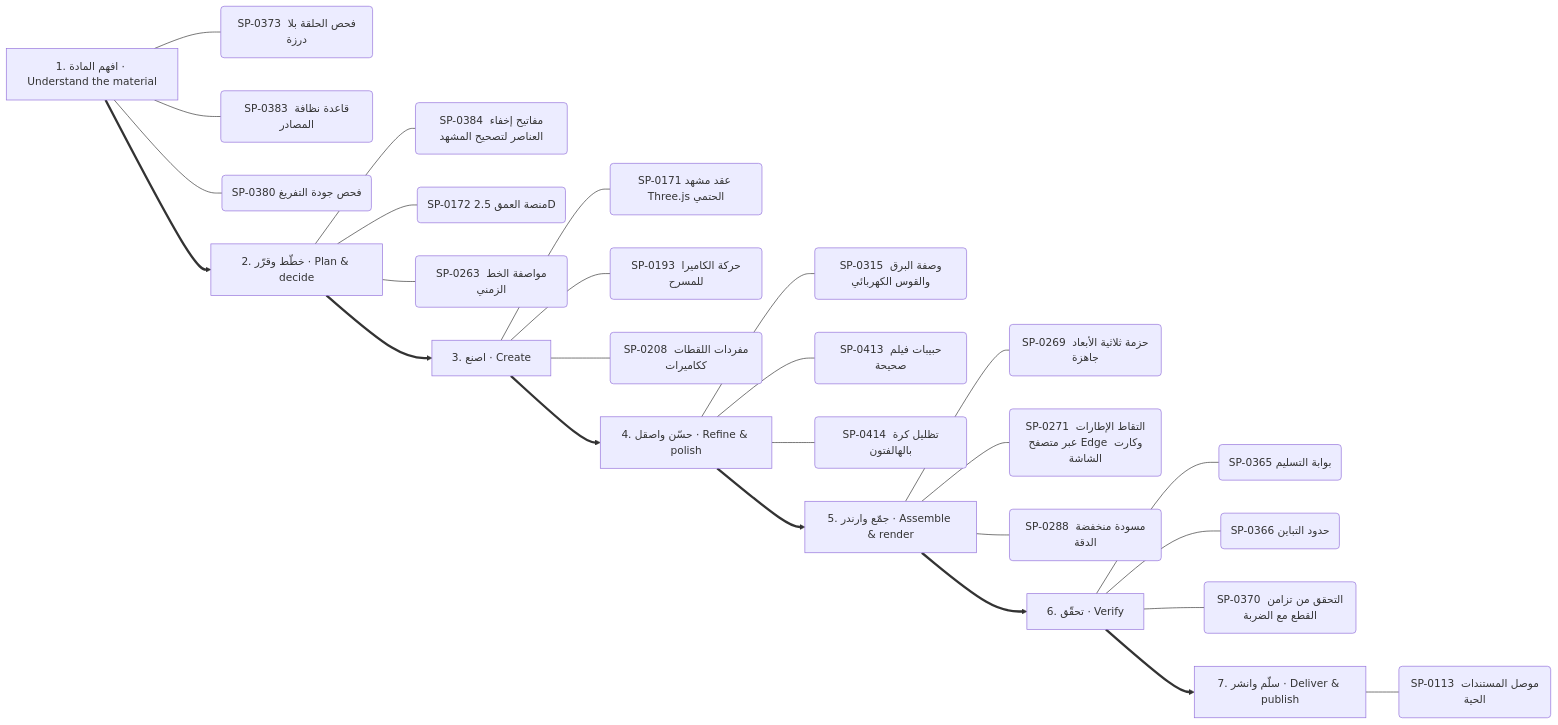
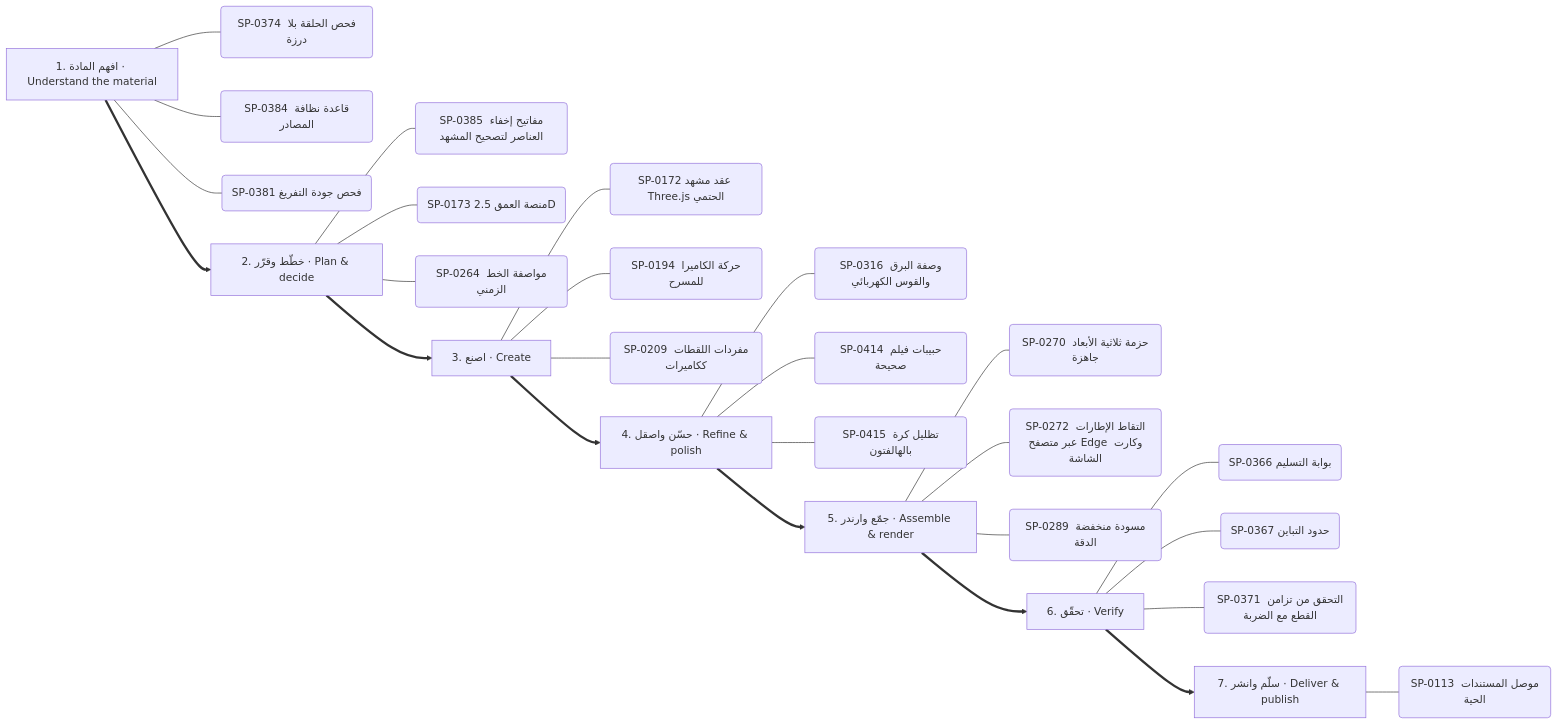
One commit to kosif199022-jpg/kosif-tool changed the eighth of 13 diagrams in .claude/skills/kosif-superpowers/references/capability-mindmap.md. Above: the diagram before and after it, drawn with Mermaid. The commit also changed other lines of this file and 61 other files, not shown here.

````diff
--- a/.claude/skills/kosif-superpowers/references/capability-mindmap.md
+++ b/.claude/skills/kosif-superpowers/references/capability-mindmap.md
@@ -415,35 +415,35 @@
 ```mermaid
 flowchart LR
   S0["1. افهم المادة · Understand the material"]
-  S0 --- S0_0("SP-0373 فحص الحلقة بلا درزة")
-  S0 --- S0_1("SP-0383 قاعدة نظافة المصادر")
-  S0 --- S0_2("SP-0380 فحص جودة التفريغ")
+  S0 --- S0_0("SP-0374 فحص الحلقة بلا درزة")
+  S0 --- S0_1("SP-0384 قاعدة نظافة المصادر")
+  S0 --- S0_2("SP-0381 فحص جودة التفريغ")
   S1["2. خطّط وقرّر · Plan & decide"]
-  S1 --- S1_0("SP-0384 مفاتيح إخفاء العناصر لتصحيح المشهد")
-  S1 --- S1_1("SP-0172 منصة العمق 2.5D")
-  S1 --- S1_2("SP-0263 مواصفة الخط الزمني")
+  S1 --- S1_0("SP-0385 مفاتيح إخفاء العناصر لتصحيح المشهد")
+  S1 --- S1_1("SP-0173 منصة العمق 2.5D")
+  S1 --- S1_2("SP-0264 مواصفة الخط الزمني")
   S0 ==> S1
   S2["3. اصنع · Create"]
-  S2 --- S2_0("SP-0171 عقد مشهد Three.js الحتمي")
-  S2 --- S2_1("SP-0193 حركة الكاميرا للمسرح")
-  S2 --- S2_2("SP-0208 مفردات اللقطات ككاميرات")
+  S2 --- S2_0("SP-0172 عقد مشهد Three.js الحتمي")
+  S2 --- S2_1("SP-0194 حركة الكاميرا للمسرح")
+  S2 --- S2_2("SP-0209 مفردات اللقطات ككاميرات")
   S1 ==> S2
   S3["4. حسّن واصقل · Refine & polish"]
-  S3 --- S3_0("SP-0315 وصفة البرق والقوس الكهربائي")
-  S3 --- S3_1("SP-0413 حبيبات فيلم صحيحة")
-  S3 --- S3_2("SP-0414 تظليل كرة بالهالفتون")
+  S3 --- S3_0("SP-0316 وصفة البرق والقوس الكهربائي")
+  S3 --- S3_1("SP-0414 حبيبات فيلم صحيحة")
+  S3 --- S3_2("SP-0415 تظليل كرة بالهالفتون")
   S2 ==> S3
   S4["5. جمّع وارندر · Assemble & render"]
-  S4 --- S4_0("SP-0269 حزمة ثلاثية الأبعاد جاهزة")
-  S4 --- S4_1("SP-0271 التقاط الإطارات عبر متصفح Edge وكارت الشاشة")
-  S4 --- S4_2("SP-0288 مسودة منخفضة الدقة")
+  S4 --- S4_0("SP-0270 حزمة ثلاثية الأبعاد جاهزة")
+  S4 --- S4_1("SP-0272 التقاط الإطارات عبر متصفح Edge وكارت الشاشة")
+  S4 --- S4_2("SP-0289 مسودة منخفضة الدقة")
   S3 ==> S4
   S5["6. تحقّق · Verify"]
-  S5 --- S5_0("SP-0365 بوابة التسليم")
-  S5 --- S5_1("SP-0366 حدود التباين")
-  S5 --- S5_2("SP-0370 التحقق من تزامن القطع مع الضربة")
+  S5 --- S5_0("SP-0366 بوابة التسليم")
+  S5 --- S5_1("SP-0367 حدود التباين")
+  S5 --- S5_2("SP-0371 التحقق من تزامن القطع مع الضربة")
   S4 ==> S5
   S6["7. سلّم وانشر · Deliver & publish"]
   S6 --- S6_0("SP-0113 موصل المستندات الحية")
   S5 ==> S6
 ```
````
